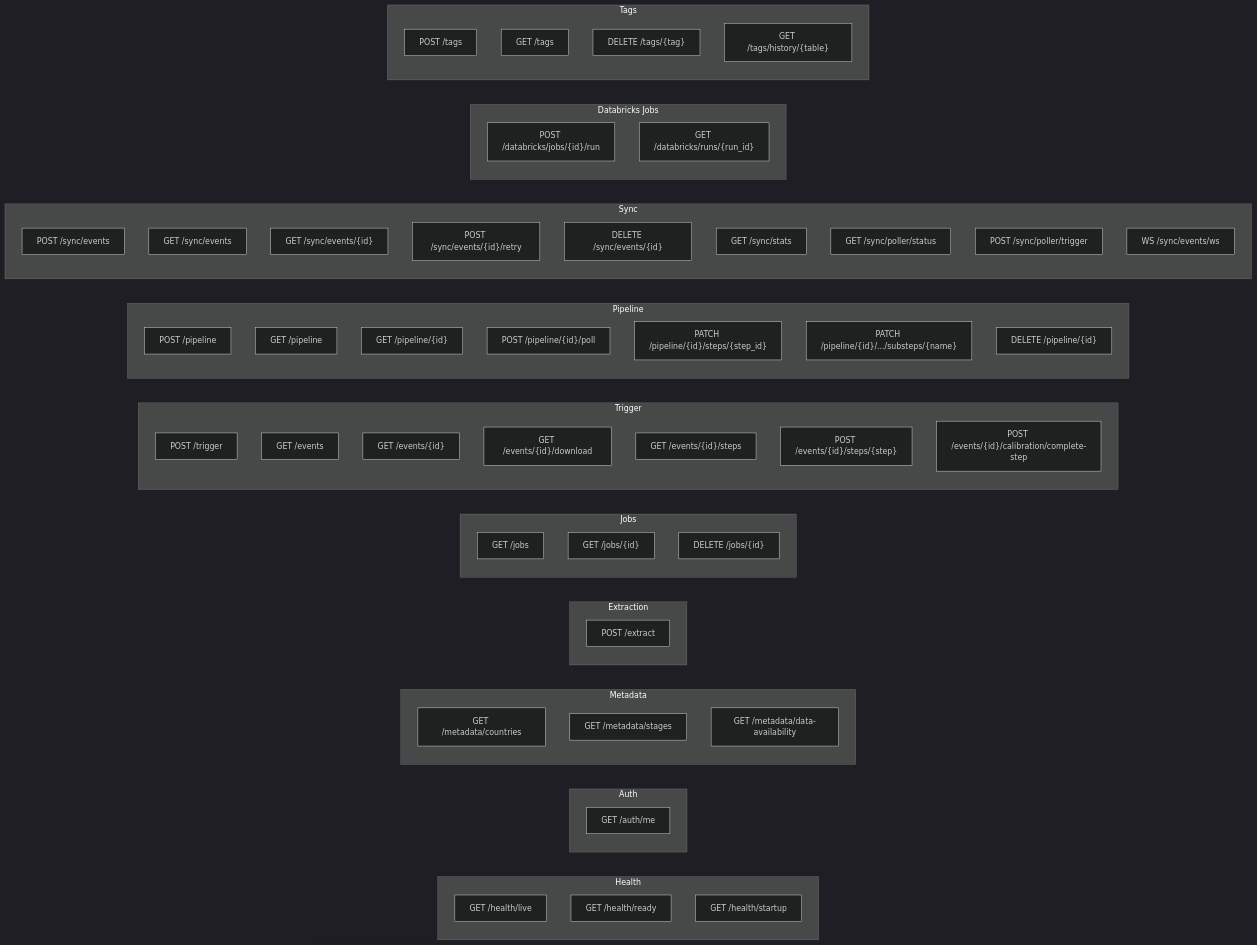
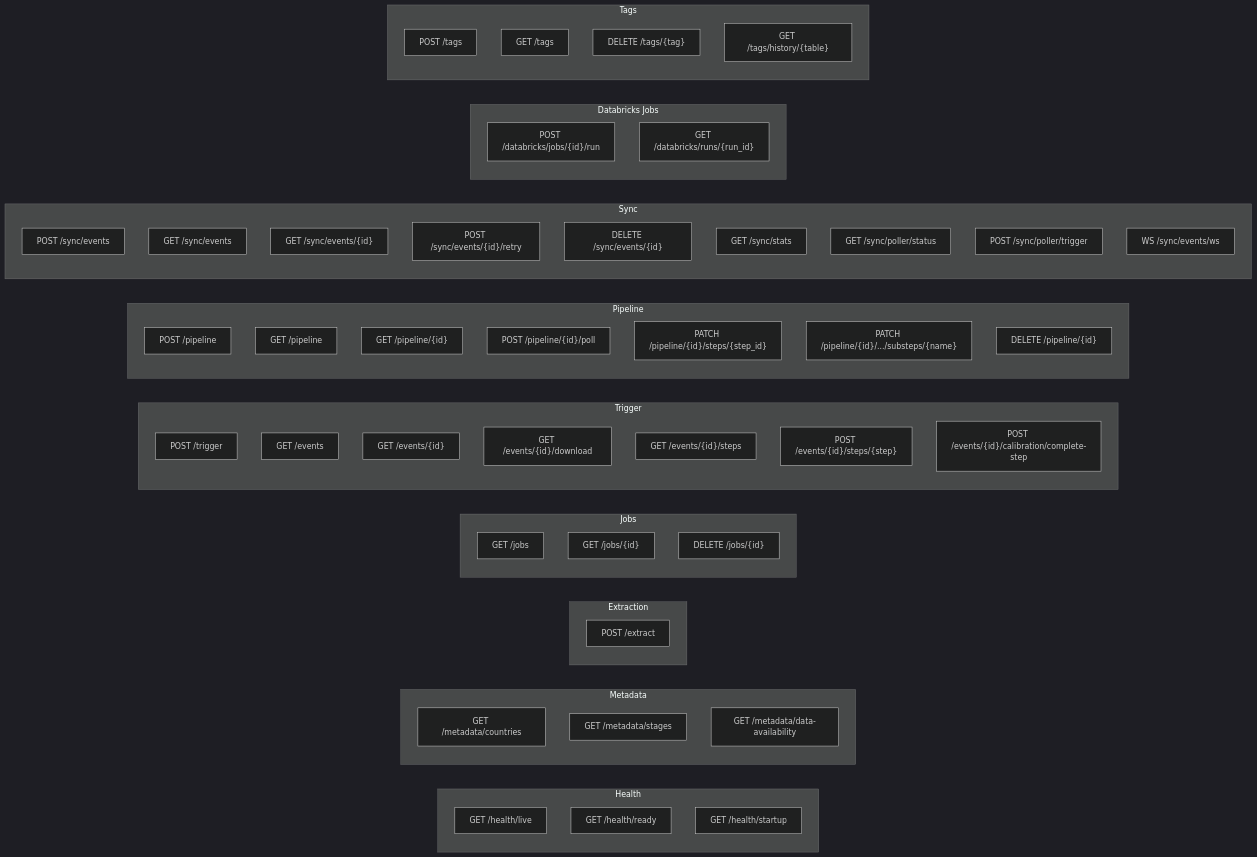
Before and after one commit to jaalduna/sql-databricks-bridge: the fifth of 8 diagrams in docs/backend-documentation.md, drawn with Mermaid (dark theme). The commit also changed other lines of this file and 10 other files, not shown here.

First line of the commit message:
docs: update backend and frontend documentation, remove obsolete diagrams

````diff
--- a/docs/backend-documentation.md
+++ b/docs/backend-documentation.md
@@ -384,72 +301,68 @@
 ```mermaid
 flowchart LR
     subgraph Health["Health"]
         H1["GET /health/live"]
         H2["GET /health/ready"]
         H3["GET /health/startup"]
-    end
-
-    subgraph Auth["Auth"]
-        A1["GET /auth/me"]
     end
 
     subgraph Meta["Metadata"]
         M1["GET /metadata/countries"]
         M2["GET /metadata/stages"]
         M3["GET /metadata/data-availability"]
     end
 
     subgraph Extract["Extraction"]
         E1["POST /extract"]
     end
 
     subgraph Jobs["Jobs"]
         J1["GET /jobs"]
         J2["GET /jobs/{id}"]
         J3["DELETE /jobs/{id}"]
     end
 
     subgraph Trigger["Trigger"]
         T1["POST /trigger"]
         T2["GET /events"]
         T3["GET /events/{id}"]
         T4["GET /events/{id}/download"]
         T5["GET /events/{id}/steps"]
         T6["POST /events/{id}/steps/{step}"]
         T7["POST /events/{id}/calibration/complete-step"]
     end
 
     subgraph Pipeline["Pipeline"]
         P1["POST /pipeline"]
         P2["GET /pipeline"]
         P3["GET /pipeline/{id}"]
         P4["POST /pipeline/{id}/poll"]
         P5["PATCH /pipeline/{id}/steps/{step_id}"]
         P6["PATCH /pipeline/{id}/.../substeps/{name}"]
         P7["DELETE /pipeline/{id}"]
     end
 
     subgraph Sync["Sync"]
         SY1["POST /sync/events"]
         SY2["GET /sync/events"]
         SY3["GET /sync/events/{id}"]
         SY4["POST /sync/events/{id}/retry"]
         SY5["DELETE /sync/events/{id}"]
         SY6["GET /sync/stats"]
         SY7["GET /sync/poller/status"]
         SY8["POST /sync/poller/trigger"]
         SY9["WS /sync/events/ws"]
     end
 
     subgraph DBJobs["Databricks Jobs"]
         D1["POST /databricks/jobs/{id}/run"]
         D2["GET /databricks/runs/{run_id}"]
     end
 
     subgraph Tags["Tags"]
         TG1["POST /tags"]
         TG2["GET /tags"]
         TG3["DELETE /tags/{tag}"]
         TG4["GET /tags/history/{table}"]
     end
 ```
````
